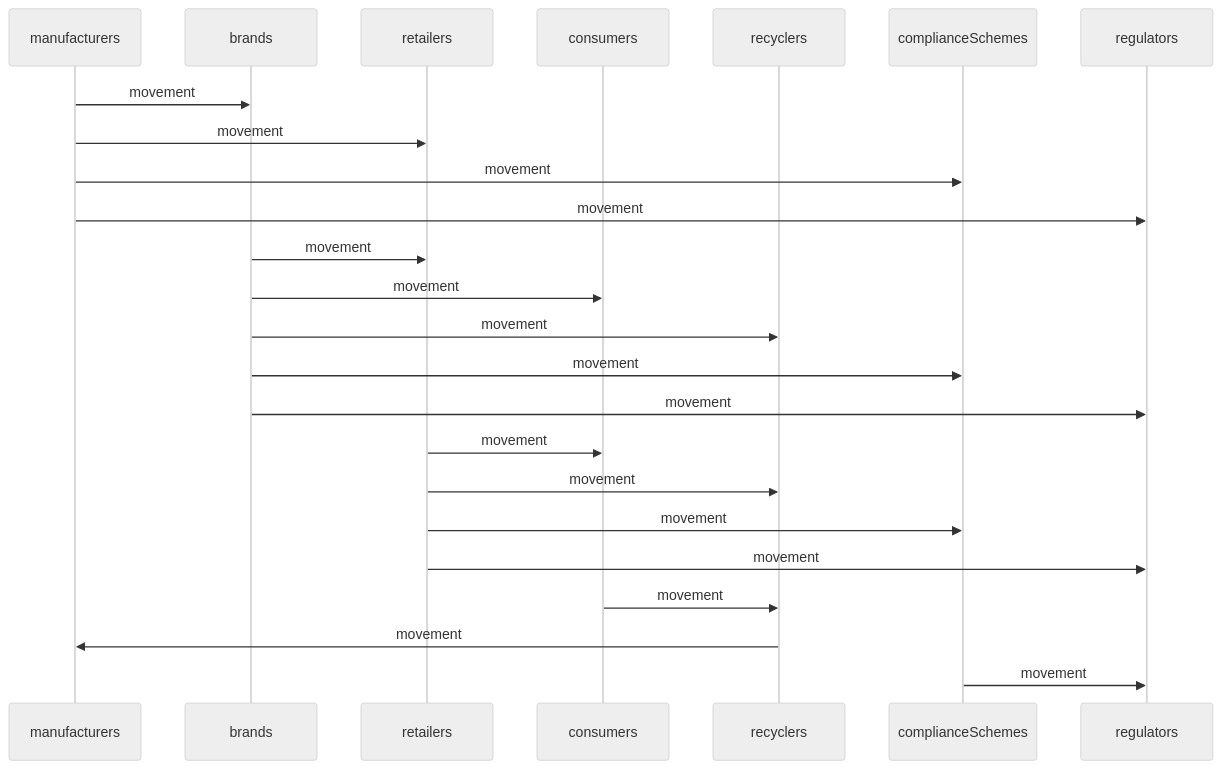
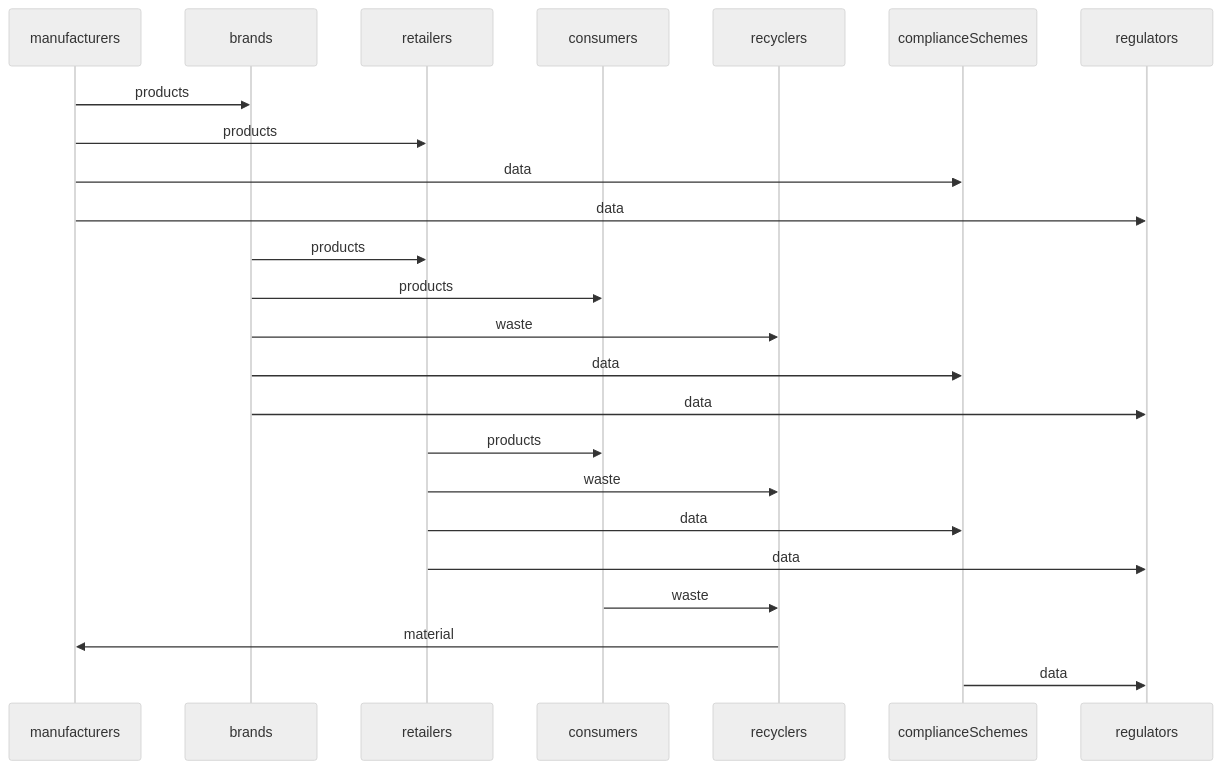
Before and after one commit to OpenDataManchester/Open3P: the diagram in docs/1_Start_Here/1_2_Key_Concepts.md, drawn with Mermaid (neutral theme). The commit also changed other lines of this file, not shown here.

Commit message:
Improved mermaid

````diff
--- a/docs/1_Start_Here/1_2_Key_Concepts.md
+++ b/docs/1_Start_Here/1_2_Key_Concepts.md
@@ -10,26 +9,26 @@
 ``` mermaid
 sequenceDiagram
     participant manufacturers
     participant brands
     participant retailers
     participant consumers
     participant recyclers
     participant complianceSchemes
     participant regulators
-    manufacturers->>brands: movement
-    manufacturers->>retailers: movement
-    manufacturers->>complianceSchemes: movement
-    manufacturers->>regulators: movement
-    brands->>retailers: movement
-    brands->>consumers: movement
-    brands->>recyclers: movement
-    brands->>complianceSchemes: movement
-    brands->>regulators: movement
-    retailers->>consumers: movement
-    retailers->>recyclers: movement
-    retailers->>complianceSchemes: movement
-    retailers->>regulators: movement
-    consumers->>recyclers: movement
-    recyclers->>manufacturers: movement
-    complianceSchemes->>regulators: movement
+    manufacturers->>brands: products
+    manufacturers->>retailers: products
+    manufacturers->>complianceSchemes: data
+    manufacturers->>regulators: data
+    brands->>retailers: products
+    brands->>consumers: products
+    brands->>recyclers: waste
+    brands->>complianceSchemes: data
+    brands->>regulators: data
+    retailers->>consumers: products
+    retailers->>recyclers: waste
+    retailers->>complianceSchemes: data
+    retailers->>regulators: data
+    consumers->>recyclers: waste
+    recyclers->>manufacturers: material
+    complianceSchemes->>regulators: data
 ```
````
